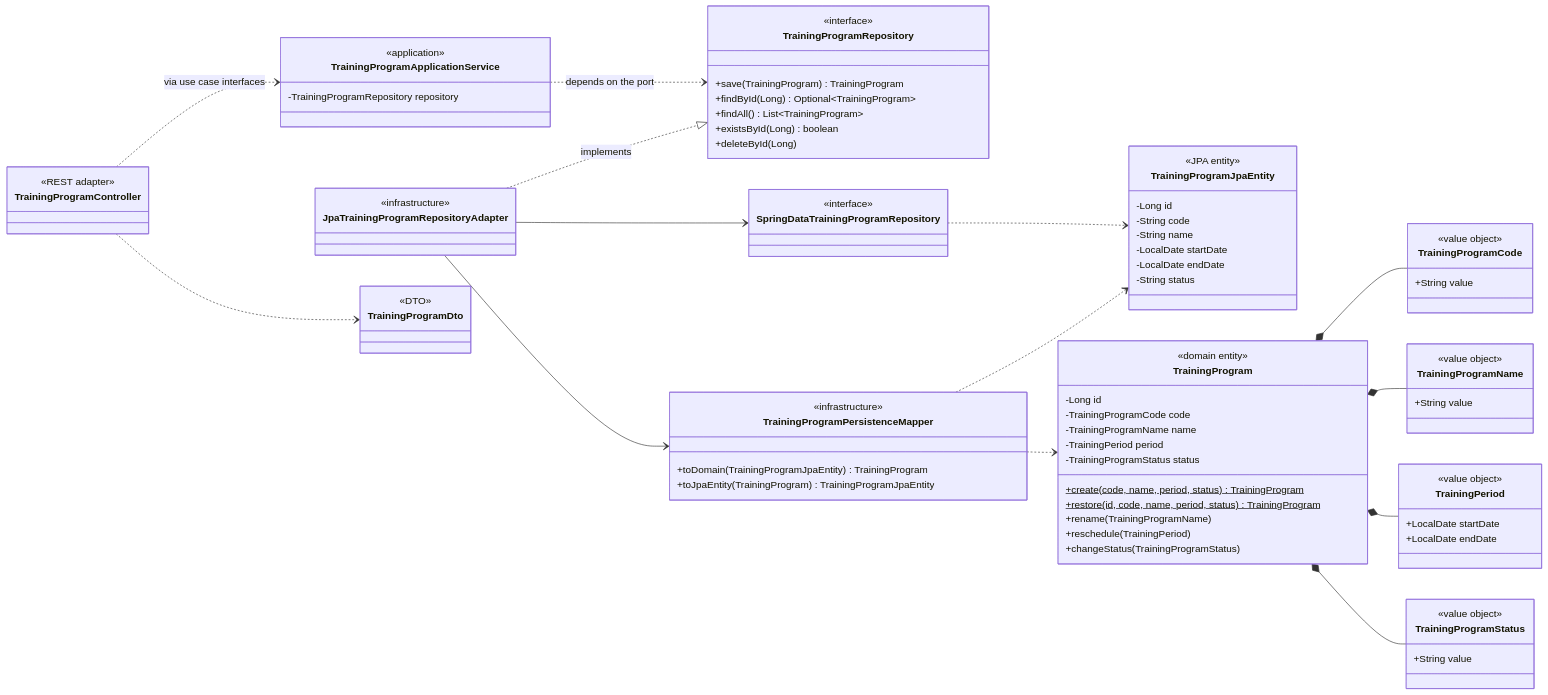
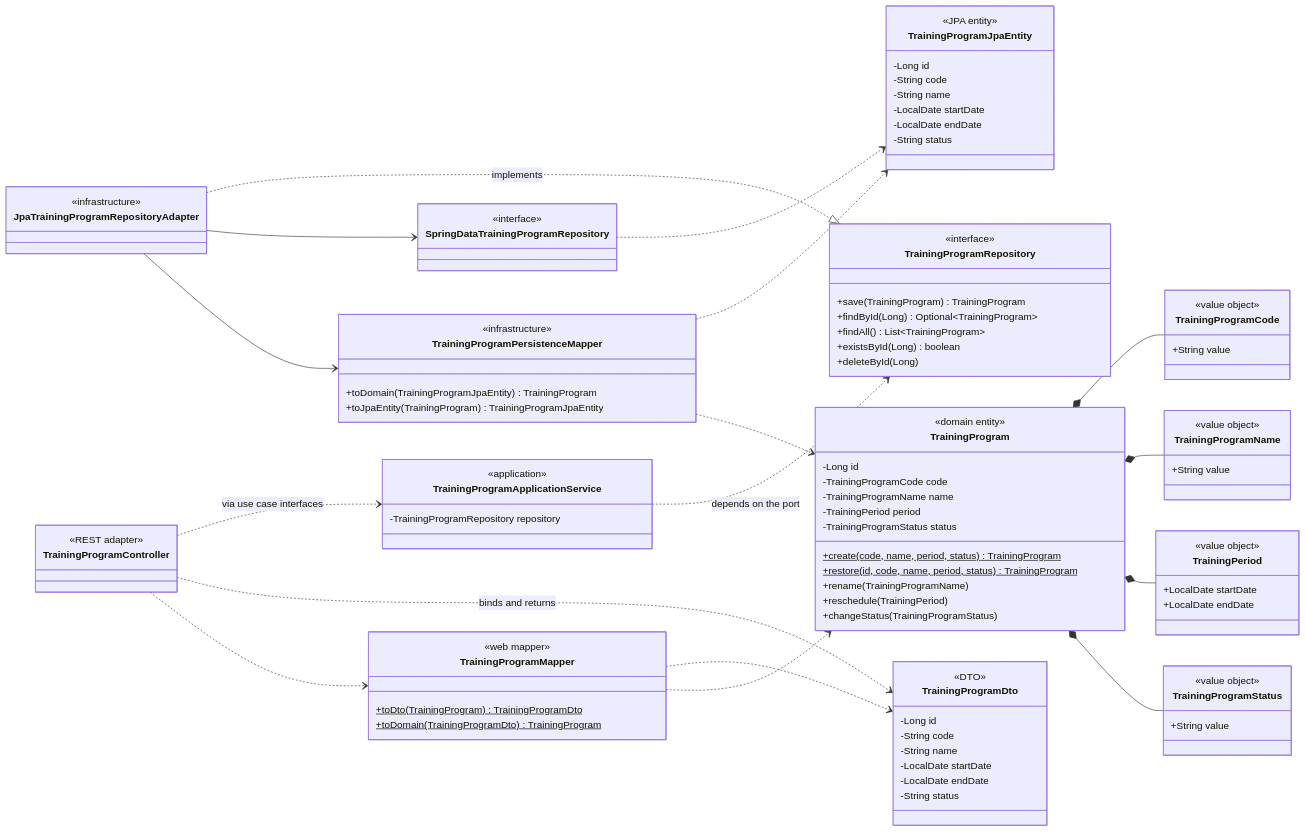
One commit to keber/otf-sisacad changed the second of 2 diagrams in docs/diag-class.md. Above: the diagram before and after it, drawn with Mermaid. The commit also changed other lines of this file and 4 other files, not shown here.

````diff
--- a/docs/diag-class.md
+++ b/docs/diag-class.md
@@ -178,6 +178,18 @@
 
     class TrainingProgramDto {
         <<DTO>>
+        -Long id
+        -String code
+        -String name
+        -LocalDate startDate
+        -LocalDate endDate
+        -String status
+    }
+
+    class TrainingProgramMapper {
+        <<web mapper>>
+        +toDto(TrainingProgram) TrainingProgramDto$
+        +toDomain(TrainingProgramDto) TrainingProgram$
     }
 
     %% domain composition
@@ -199,5 +211,8 @@
 
     %% REST adapter
     TrainingProgramController ..> TrainingProgramApplicationService : via use case interfaces
-    TrainingProgramController ..> TrainingProgramDto
+    TrainingProgramController ..> TrainingProgramDto : binds and returns
+    TrainingProgramController ..> TrainingProgramMapper
+    TrainingProgramMapper ..> TrainingProgramDto
+    TrainingProgramMapper ..> TrainingProgram
 ```
````
